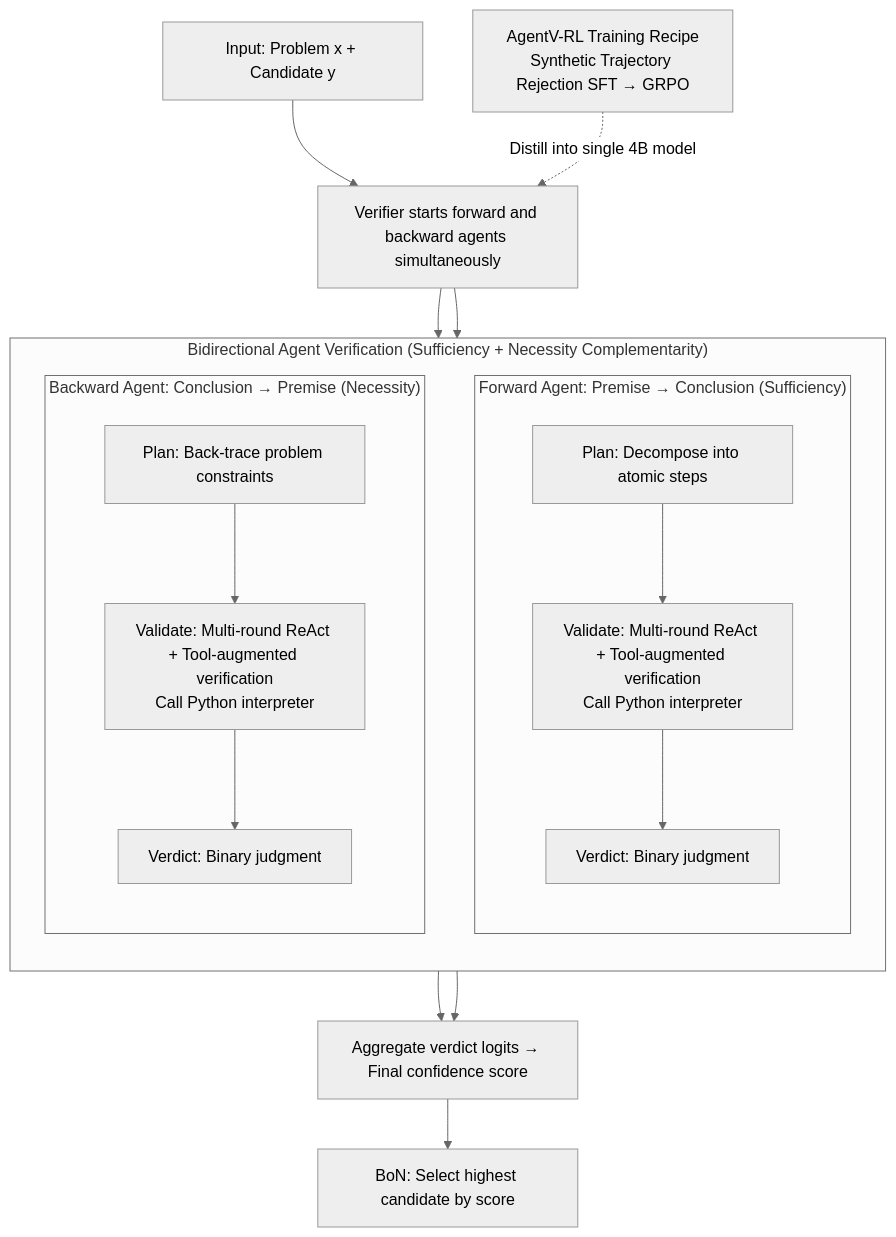
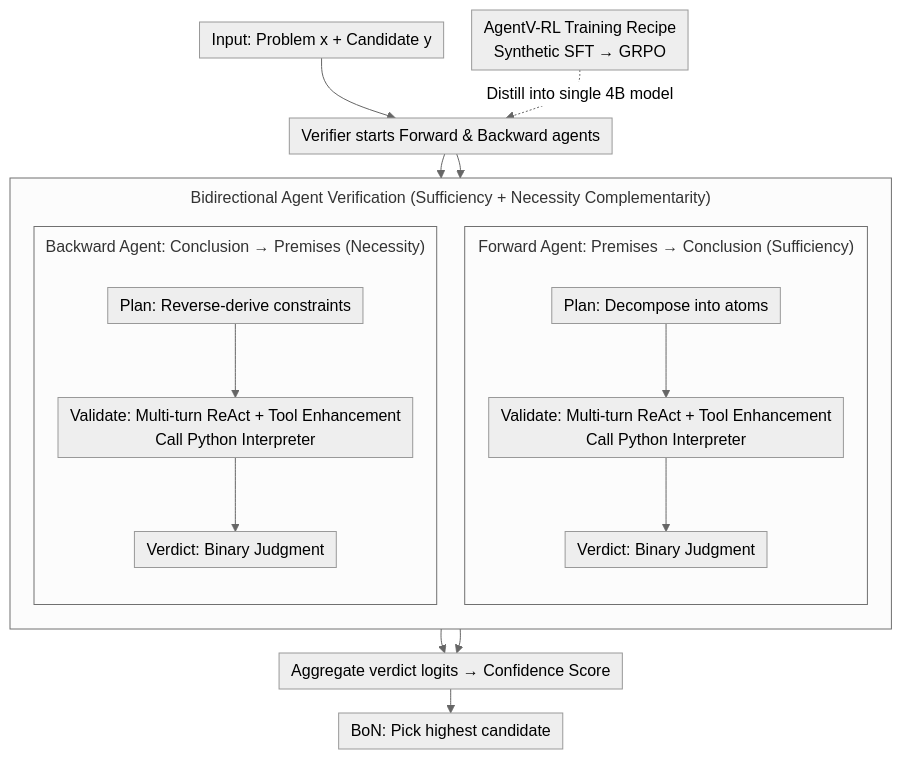
Before and after one commit to zhaoyang97/Paper-Notes-en: the diagram in docs/ACL2026/llm_alignment/agentv-rl_scaling_reward_modeling_with_agentic_verifier.md, drawn with Mermaid (neutral theme). The commit also changed other lines of this file and 5084 other files, not shown here.

````diff
--- a/docs/ACL2026/llm_alignment/agentv-rl_scaling_reward_modeling_with_agentic_verifier.md
+++ b/docs/ACL2026/llm_alignment/agentv-rl_scaling_reward_modeling_with_agentic_verifier.md
@@ -46,21 +46,22 @@
 ```mermaid
-graph TD
-    IN["Input: Problem x + Candidate y"] --> SPLIT["Verifier starts forward and backward agents simultaneously"]
+%%{init: {'flowchart': {'rankSpacing': 24, 'nodeSpacing': 28, 'padding': 6, 'wrappingWidth': 400, 'subGraphTitleMargin': {'top': 8, 'bottom': 16}}}}%%
+flowchart TD
+    IN["Input: Problem x + Candidate y"] --> SPLIT["Verifier starts Forward & Backward agents"]
     subgraph DUAL["Bidirectional Agent Verification (Sufficiency + Necessity Complementarity)"]
         direction TB
-        subgraph FWD["Forward Agent: Premise → Conclusion (Sufficiency)"]
+        subgraph FWD["Forward Agent: Premises → Conclusion (Sufficiency)"]
             direction TB
-            F1["Plan: Decompose into atomic steps"] --> F2["Validate: Multi-round ReAct + Tool-augmented verification<br/>Call Python interpreter"] --> F3["Verdict: Binary judgment"]
+            F1["Plan: Decompose into atoms"] --> F2["Validate: Multi-turn ReAct + Tool Enhancement<br/>Call Python Interpreter"] --> F3["Verdict: Binary Judgment"]
         end
-        subgraph BWD["Backward Agent: Conclusion → Premise (Necessity)"]
+        subgraph BWD["Backward Agent: Conclusion → Premises (Necessity)"]
             direction TB
-            B1["Plan: Back-trace problem constraints"] --> B2["Validate: Multi-round ReAct + Tool-augmented verification<br/>Call Python interpreter"] --> B3["Verdict: Binary judgment"]
+            B1["Plan: Reverse-derive constraints"] --> B2["Validate: Multi-turn ReAct + Tool Enhancement<br/>Call Python Interpreter"] --> B3["Verdict: Binary Judgment"]
         end
     end
     SPLIT --> FWD
     SPLIT --> BWD
-    FWD --> AGG["Aggregate verdict logits → Final confidence score"]
+    FWD --> AGG["Aggregate verdict logits → Confidence Score"]
     BWD --> AGG
-    AGG --> BON["BoN: Select highest candidate by score"]
-    TRAIN["AgentV-RL Training Recipe<br/>Synthetic Trajectory Rejection SFT → GRPO"] -. Distill into single 4B model .-> SPLIT
+    AGG --> BON["BoN: Pick highest candidate"]
+    TRAIN["AgentV-RL Training Recipe<br/>Synthetic SFT → GRPO"] -. Distill into single 4B model .-> SPLIT
 ```
````
